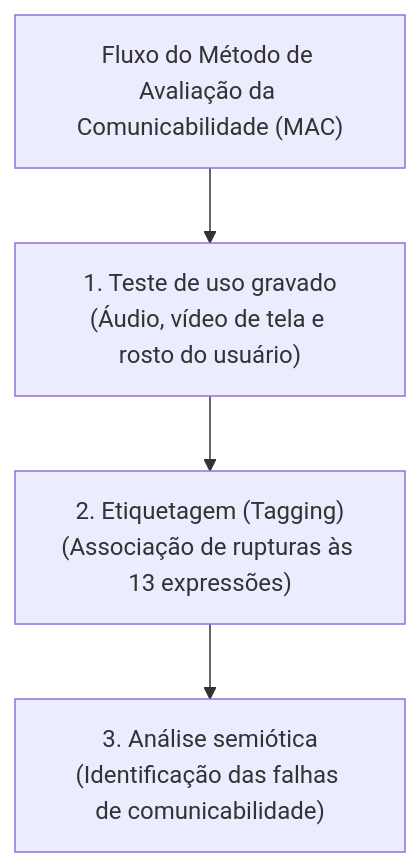
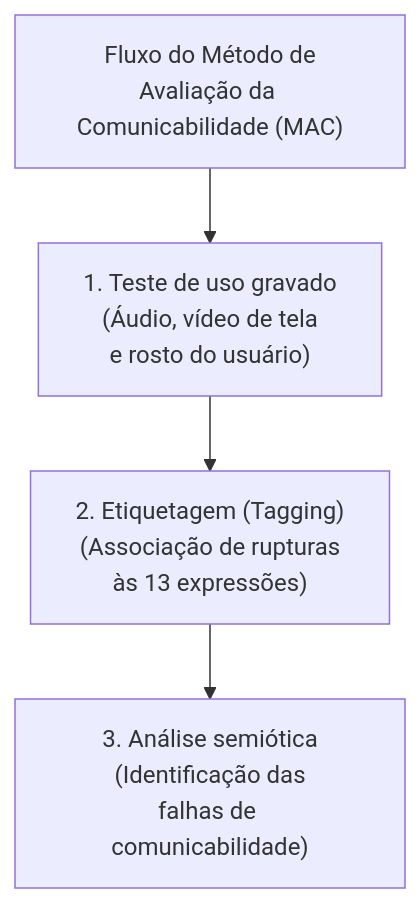
Before and after one commit to leorruas/puc: the third of 3 diagrams in 08. Design de Interacao/21. Avaliação da comunicabilidade - método de inspeção semiótica mis e método de avaliação da comunicabilidade mac.md, drawn with Mermaid. The commit also changed other lines of this file and 16 other files, not shown here.

Commit message:
style(mermaid): comprehensive audit and optimization of 45 Mermaid blocks across all 22 topic notes

````diff
--- a/08. Design de Interacao/21. Avaliação da comunicabilidade - método de inspeção semiótica mis e método de avaliação da comunicabilidade mac.md
+++ b/08. Design de Interacao/21. Avaliação da comunicabilidade - método de inspeção semiótica mis e método de avaliação da comunicabilidade mac.md
@@ -94,6 +94,6 @@
 ```mermaid
 graph TD
-    MAC["Fluxo do Método de Avaliação da Comunicabilidade (MAC)"] --> Teste["1. Teste de uso gravado<br>(Áudio, vídeo de tela e rosto do usuário)"]
-    Teste --> Tagging["2. Etiquetagem (Tagging)<br>(Associação de rupturas às 13 expressões)"]
-    Tagging --> Analise["3. Análise semiótica<br>(Identificação das falhas de comunicabilidade)"]
+    MAC["Fluxo do Método de<br>Avaliação da Comunicabilidade (MAC)"] --> Teste["1. Teste de uso gravado<br>(Áudio, vídeo de tela<br>e rosto do usuário)"]
+    Teste --> Tagging["2. Etiquetagem (Tagging)<br>(Associação de rupturas<br>às 13 expressões)"]
+    Tagging --> Analise["3. Análise semiótica<br>(Identificação das<br>falhas de comunicabilidade)"]
 ```
````
